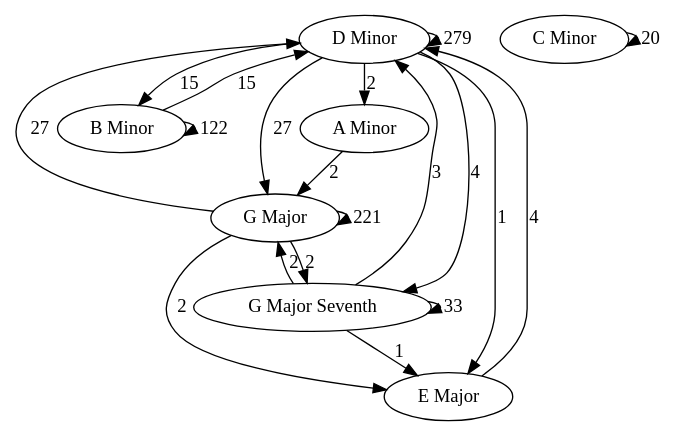
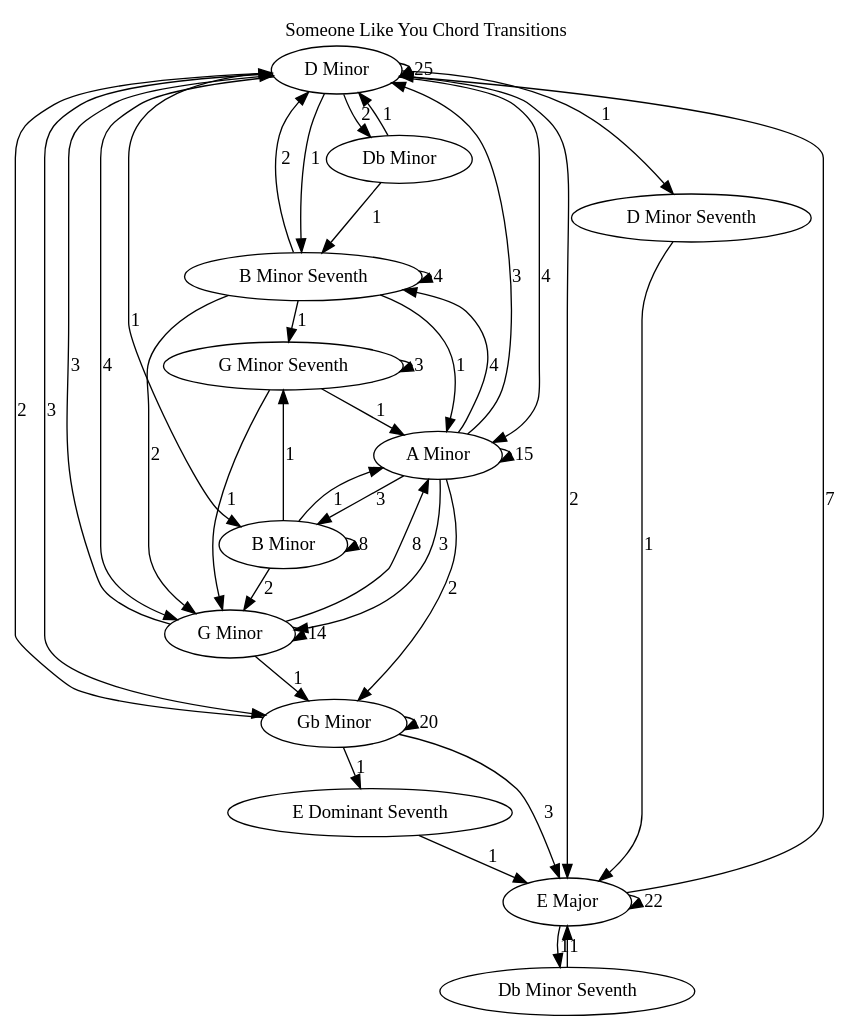
One commit to elinewman12/Janus changed the diagram in src/Digraph.gv. Above: the diagram before and after it, drawn with Graphviz. The commit also changed 8 other files, not shown here.

```diff
--- a/src/Digraph.gv
+++ b/src/Digraph.gv
@@ -1,33 +1,59 @@
 // Chord transitions in Song
 digraph {
-	nodesep=0.1 ranksep=0.01
+	label="Someone Like You Chord Transitions" labelloc=t nodesep=0.1 ranksep=0.01
 	"D Minor"
-	"G Major"
+	"Db Minor"
+	"A Minor"
+	"B Minor Seventh"
+	"G Minor"
+	"Gb Minor"
+	"E Major"
+	"E Dominant Seventh"
 	"B Minor"
-	"A Minor"
-	"G Major Seventh"
-	"E Major"
-	"G Major Seventh"
-	"D Minor"
-	"G Major Seventh"
-	"C Minor"
-	"D Minor" -> "D Minor" [label=279]
-	"D Minor" -> "G Major" [label=27]
-	"G Major" -> "G Major" [label=221]
-	"G Major" -> "D Minor" [label=27]
-	"D Minor" -> "B Minor" [label=15]
-	"B Minor" -> "B Minor" [label=122]
-	"B Minor" -> "D Minor" [label=15]
-	"D Minor" -> "A Minor" [label=2]
-	"A Minor" -> "G Major" [label=2]
-	"D Minor" -> "G Major Seventh" [label=4]
-	"G Major Seventh" -> "G Major Seventh" [label=33]
-	"G Major Seventh" -> "G Major" [label=2]
-	"G Major" -> "G Major Seventh" [label=2]
-	"G Major Seventh" -> "D Minor" [label=3]
-	"D Minor" -> "E Major" [label=1]
-	"E Major" -> "D Minor" [label=4]
-	"G Major" -> "E Major" [label=2]
-	"G Major Seventh" -> "E Major" [label=1]
-	"C Minor" -> "C Minor" [label=20]
+	"G Minor Seventh"
+	"D Minor Seventh"
+	"Db Minor Seventh"
+	"D Minor" -> "Db Minor" [label=2]
+	"Db Minor" -> "D Minor" [label=1]
+	"D Minor" -> "D Minor" [label=25]
+	"D Minor" -> "A Minor" [label=4]
+	"A Minor" -> "A Minor" [label=15]
+	"A Minor" -> "B Minor Seventh" [label=4]
+	"B Minor Seventh" -> "B Minor Seventh" [label=4]
+	"B Minor Seventh" -> "G Minor" [label=2]
+	"G Minor" -> "G Minor" [label=14]
+	"G Minor" -> "A Minor" [label=8]
+	"B Minor Seventh" -> "A Minor" [label=1]
+	"A Minor" -> "G Minor" [label=3]
+	"A Minor" -> "Gb Minor" [label=2]
+	"Gb Minor" -> "Gb Minor" [label=20]
+	"Gb Minor" -> "E Major" [label=3]
+	"E Major" -> "E Major" [label=22]
+	"E Major" -> "D Minor" [label=7]
+	"D Minor" -> "Gb Minor" [label=3]
+	"Gb Minor" -> "E Dominant Seventh" [label=1]
+	"E Dominant Seventh" -> "E Major" [label=1]
+	"D Minor" -> "G Minor" [label=4]
+	"A Minor" -> "D Minor" [label=3]
+	"A Minor" -> "B Minor" [label=3]
+	"B Minor" -> "B Minor" [label=8]
+	"B Minor" -> "G Minor Seventh" [label=1]
+	"G Minor Seventh" -> "G Minor" [label=1]
+	"G Minor" -> "D Minor" [label=3]
+	"Gb Minor" -> "D Minor" [label=2]
+	"D Minor" -> "B Minor" [label=1]
+	"B Minor" -> "A Minor" [label=1]
+	"B Minor Seventh" -> "G Minor Seventh" [label=1]
+	"G Minor Seventh" -> "G Minor Seventh" [label=3]
+	"G Minor Seventh" -> "A Minor" [label=1]
+	"D Minor" -> "E Major" [label=2]
+	"B Minor" -> "G Minor" [label=2]
+	"Db Minor" -> "B Minor Seventh" [label=1]
+	"B Minor Seventh" -> "D Minor" [label=2]
+	"D Minor" -> "D Minor Seventh" [label=1]
+	"D Minor Seventh" -> "E Major" [label=1]
+	"E Major" -> "Db Minor Seventh" [label=1]
+	"Db Minor Seventh" -> "E Major" [label=1]
+	"D Minor" -> "B Minor Seventh" [label=1]
+	"G Minor" -> "Gb Minor" [label=1]
 }
```
